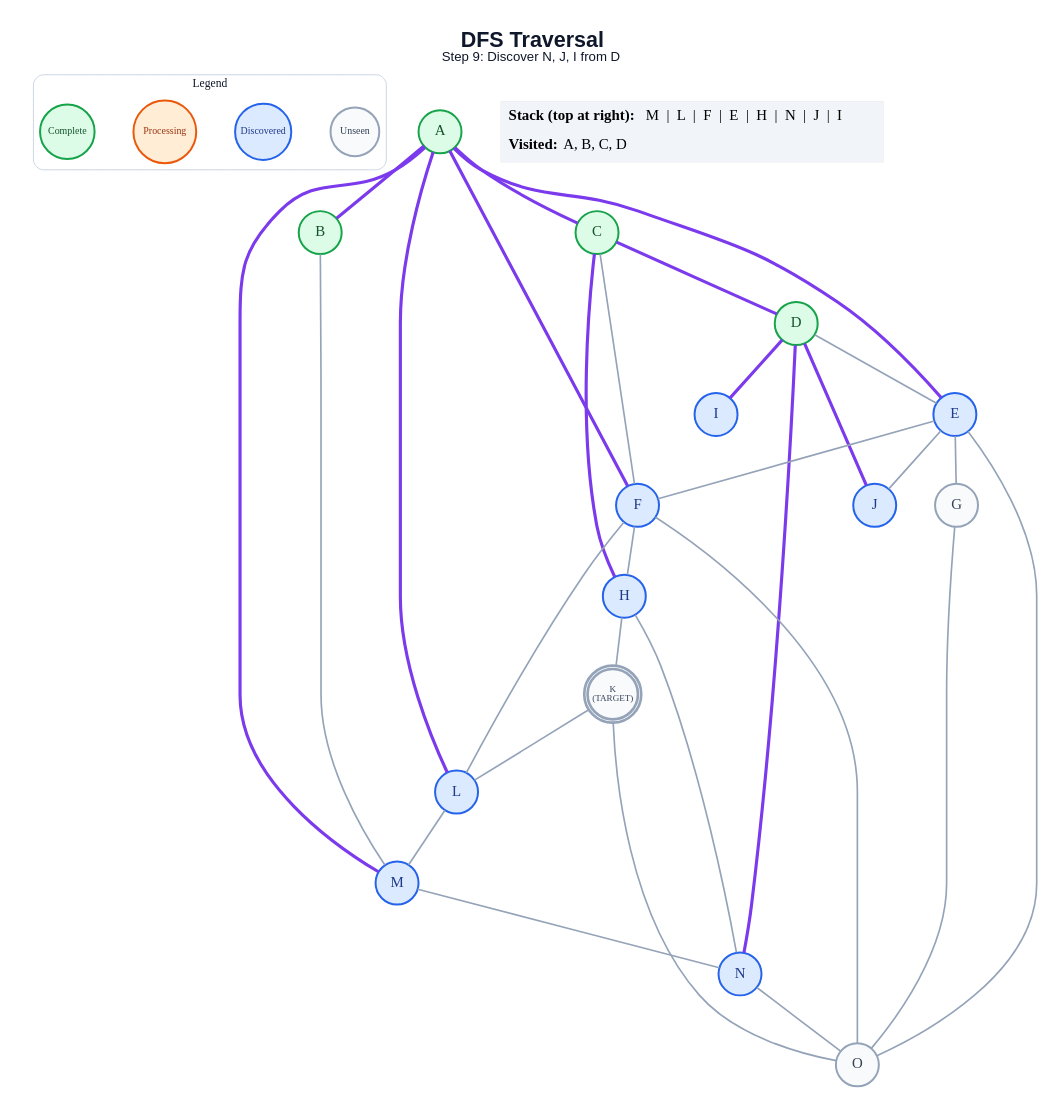
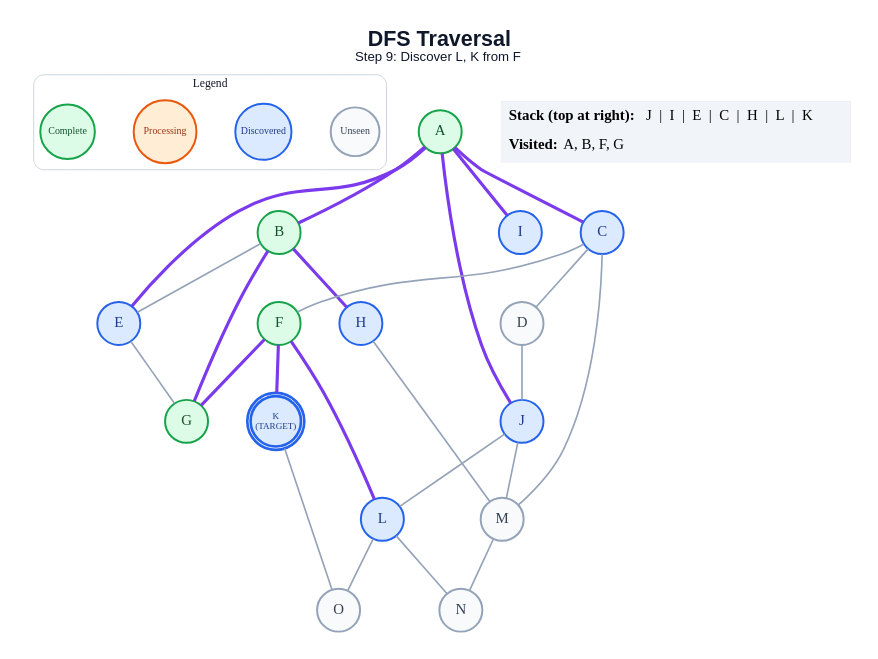
The diagram in generated/dfs/step_09.dot (anon7238593-create/ai-slop), drawn with Graphviz before and after one commit. The commit also changed 289 other files, not shown here.

```diff
--- a/generated/dfs/step_09.dot
+++ b/generated/dfs/step_09.dot
@@ -1,63 +1,57 @@
 graph traversal {
   graph [layout=dot, rankdir=TB, bgcolor="#FFFFFF", pad="0.35", nodesep="0.65", ranksep="0.8", fontname="Arial"];
   node [shape=circle, style="filled", fontname="Arial Bold", fontsize=18, width=0.72, fixedsize=true, penwidth=2.4];
   edge [color="#94A3B8", penwidth=2.0];
-  label=<<B>DFS Traversal</B><BR/><FONT POINT-SIZE="16">Step 9: Discover N, J, I from D</FONT>>; labelloc="t"; fontsize=26; fontname="Arial"; fontcolor="#0F172A";
+  label=<<B>DFS Traversal</B><BR/><FONT POINT-SIZE="16">Step 9: Discover L, K from F</FONT>>; labelloc="t"; fontsize=26; fontname="Arial"; fontcolor="#0F172A";
   subgraph cluster_legend { label="Legend"; color="#CBD5E1"; penwidth=1.2; style="rounded"; fontsize=14; fontname="Arial Bold";
     key_unseen [label="Unseen", fillcolor="#F8FAFC", color="#94A3B8", fontcolor="#334155", fontsize=12, width=0.82];
     key_frontier [label="Discovered", fillcolor="#DBEAFE", color="#2563EB", fontcolor="#1E3A8A", fontsize=12, width=0.95];
     key_current [label="Processing", fillcolor="#FFEDD5", color="#EA580C", fontcolor="#9A3412", fontsize=12, width=1.05];
     key_done [label="Complete", fillcolor="#DCFCE7", color="#16A34A", fontcolor="#14532D", fontsize=12, width=0.92];
     { rank=same; key_unseen; key_frontier; key_current; key_done; }
   }
   A [label="A", fillcolor="#DCFCE7", color="#16A34A", fontcolor="#14532D", peripheries=1, penwidth=2.4];
   B [label="B", fillcolor="#DCFCE7", color="#16A34A", fontcolor="#14532D", peripheries=1, penwidth=2.4];
-  C [label="C", fillcolor="#DCFCE7", color="#16A34A", fontcolor="#14532D", peripheries=1, penwidth=2.4];
-  D [label="D", fillcolor="#DCFCE7", color="#16A34A", fontcolor="#14532D", peripheries=1, penwidth=2.4];
+  C [label="C", fillcolor="#DBEAFE", color="#2563EB", fontcolor="#1E3A8A", peripheries=1, penwidth=2.4];
+  D [label="D", fillcolor="#F8FAFC", color="#94A3B8", fontcolor="#334155", peripheries=1, penwidth=2.4];
   E [label="E", fillcolor="#DBEAFE", color="#2563EB", fontcolor="#1E3A8A", peripheries=1, penwidth=2.4];
-  F [label="F", fillcolor="#DBEAFE", color="#2563EB", fontcolor="#1E3A8A", peripheries=1, penwidth=2.4];
-  G [label="G", fillcolor="#F8FAFC", color="#94A3B8", fontcolor="#334155", peripheries=1, penwidth=2.4];
+  F [label="F", fillcolor="#DCFCE7", color="#16A34A", fontcolor="#14532D", peripheries=1, penwidth=2.4];
+  G [label="G", fillcolor="#DCFCE7", color="#16A34A", fontcolor="#14532D", peripheries=1, penwidth=2.4];
   H [label="H", fillcolor="#DBEAFE", color="#2563EB", fontcolor="#1E3A8A", peripheries=1, penwidth=2.4];
   I [label="I", fillcolor="#DBEAFE", color="#2563EB", fontcolor="#1E3A8A", peripheries=1, penwidth=2.4];
   J [label="J", fillcolor="#DBEAFE", color="#2563EB", fontcolor="#1E3A8A", peripheries=1, penwidth=2.4];
-  K [label="K\n(TARGET)", fillcolor="#F8FAFC", color="#94A3B8", fontcolor="#334155", peripheries=2, penwidth=3.2, fontsize=11, width=0.85, height=0.85];
+  K [label="K\n(TARGET)", fillcolor="#DBEAFE", color="#2563EB", fontcolor="#1E3A8A", peripheries=2, penwidth=3.2, fontsize=11, width=0.85, height=0.85];
   L [label="L", fillcolor="#DBEAFE", color="#2563EB", fontcolor="#1E3A8A", peripheries=1, penwidth=2.4];
-  M [label="M", fillcolor="#DBEAFE", color="#2563EB", fontcolor="#1E3A8A", peripheries=1, penwidth=2.4];
-  N [label="N", fillcolor="#DBEAFE", color="#2563EB", fontcolor="#1E3A8A", peripheries=1, penwidth=2.4];
+  M [label="M", fillcolor="#F8FAFC", color="#94A3B8", fontcolor="#334155", peripheries=1, penwidth=2.4];
+  N [label="N", fillcolor="#F8FAFC", color="#94A3B8", fontcolor="#334155", peripheries=1, penwidth=2.4];
   O [label="O", fillcolor="#F8FAFC", color="#94A3B8", fontcolor="#334155", peripheries=1, penwidth=2.4];
   A -- B [color="#7C3AED", penwidth=3.8];
   A -- C [color="#7C3AED", penwidth=3.8];
   A -- E [color="#7C3AED", penwidth=3.8];
-  A -- F [color="#7C3AED", penwidth=3.8];
-  A -- L [color="#7C3AED", penwidth=3.8];
-  A -- M [color="#7C3AED", penwidth=3.8];
-  B -- M;
-  C -- D [color="#7C3AED", penwidth=3.8];
+  A -- I [color="#7C3AED", penwidth=3.8];
+  A -- J [color="#7C3AED", penwidth=3.8];
+  B -- E;
+  B -- G [color="#7C3AED", penwidth=3.8];
+  B -- H [color="#7C3AED", penwidth=3.8];
+  C -- D;
   C -- F;
-  C -- H [color="#7C3AED", penwidth=3.8];
-  D -- E;
-  D -- I [color="#7C3AED", penwidth=3.8];
-  D -- J [color="#7C3AED", penwidth=3.8];
-  D -- N [color="#7C3AED", penwidth=3.8];
-  E -- F;
+  C -- M;
+  D -- J;
   E -- G;
-  E -- J;
-  E -- O;
-  F -- H;
-  F -- L;
-  F -- O;
-  G -- O;
-  H -- K;
-  H -- N;
-  K -- L;
+  F -- G [color="#7C3AED", penwidth=3.8];
+  F -- K [color="#7C3AED", penwidth=3.8];
+  F -- L [color="#7C3AED", penwidth=3.8];
+  H -- M;
+  J -- L;
+  J -- M;
   K -- O;
-  L -- M;
+  L -- N;
+  L -- O;
   M -- N;
-  N -- O;
   status [shape=plain, fixedsize=false, width=0, height=0, margin=0, label=<
     <TABLE BORDER="0" CELLBORDER="0" CELLPADDING="7" BGCOLOR="#F1F5F9">
-      <TR><TD ALIGN="LEFT"><B>Stack (top at right):</B> M  |  L  |  F  |  E  |  H  |  N  |  J  |  I</TD></TR>
-      <TR><TD ALIGN="LEFT"><B>Visited:</B> A, B, C, D</TD></TR>
+      <TR><TD ALIGN="LEFT"><B>Stack (top at right):</B> J  |  I  |  E  |  C  |  H  |  L  |  K</TD></TR>
+      <TR><TD ALIGN="LEFT"><B>Visited:</B> A, B, F, G</TD></TR>
     </TABLE>
   >];
 }
```
